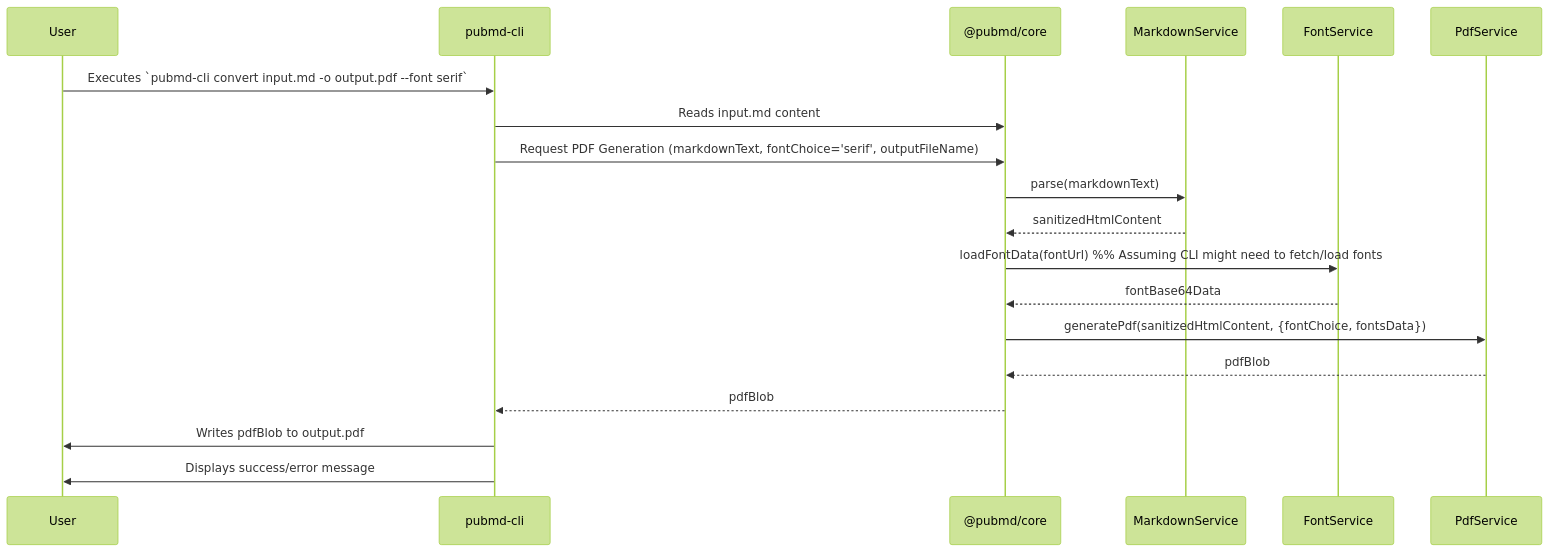
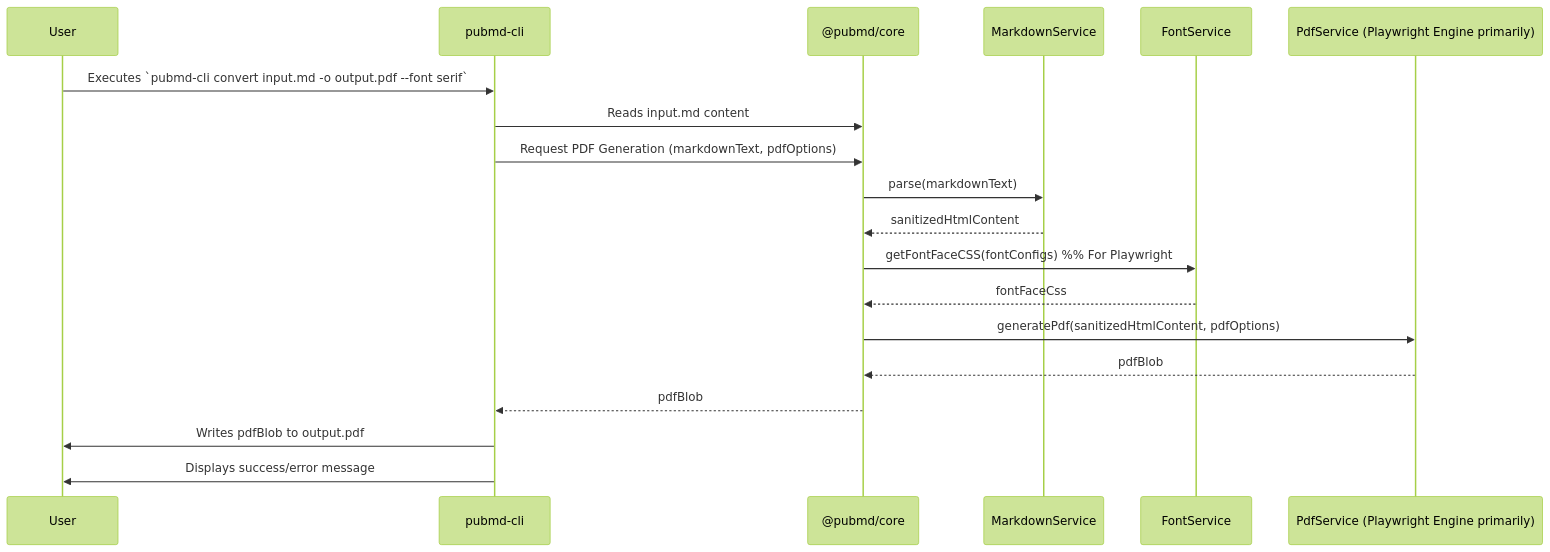
The fourth of 5 diagrams in documentation/02_Architecture/Solution_Architecture_Design_Specification.md (cgbarlow/pubmd), drawn with Mermaid (forest theme) before and after one commit. The commit also changed other lines of this file and 13 other files, not shown here.

Commit message:
plan for pivot of pdf-service complete, and included high level plans for docx-service aligned to this.

````diff
--- a/documentation/02_Architecture/Solution_Architecture_Design_Specification.md
+++ b/documentation/02_Architecture/Solution_Architecture_Design_Specification.md
@@ -335,22 +335,23 @@
 ```mermaid
 sequenceDiagram
     participant User
     participant CLI as pubmd-cli
     participant Core as @pubmd/core
     participant MdSvc as MarkdownService
     participant FontSvc as FontService
-    participant PdfSvc as PdfService
+    participant PdfSvc as PdfService (Playwright Engine primarily)
 
     User->>CLI: Executes `pubmd-cli convert input.md -o output.pdf --font serif`
     CLI->>Core: Reads input.md content
-    CLI->>Core: Request PDF Generation (markdownText, fontChoice='serif', outputFileName)
+    CLI->>Core: Request PDF Generation (markdownText, pdfOptions)
     Core->>MdSvc: parse(markdownText)
     MdSvc-->>Core: sanitizedHtmlContent
-    Core->>FontSvc: loadFontData(fontUrl) %% Assuming CLI might need to fetch/load fonts
-    FontSvc-->>Core: fontBase64Data
-    Core->>PdfSvc: generatePdf(sanitizedHtmlContent, {fontChoice, fontsData})
+    Core->>FontSvc: getFontFaceCSS(fontConfigs) %% For Playwright
+    FontSvc-->>Core: fontFaceCss
+    %% PdfService (PlaywrightEngine) will use fontFaceCss
+    Core->>PdfSvc: generatePdf(sanitizedHtmlContent, pdfOptions)
     PdfSvc-->>Core: pdfBlob
     Core-->>CLI: pdfBlob
     CLI->>User: Writes pdfBlob to output.pdf
     CLI->>User: Displays success/error message
 ```
````
